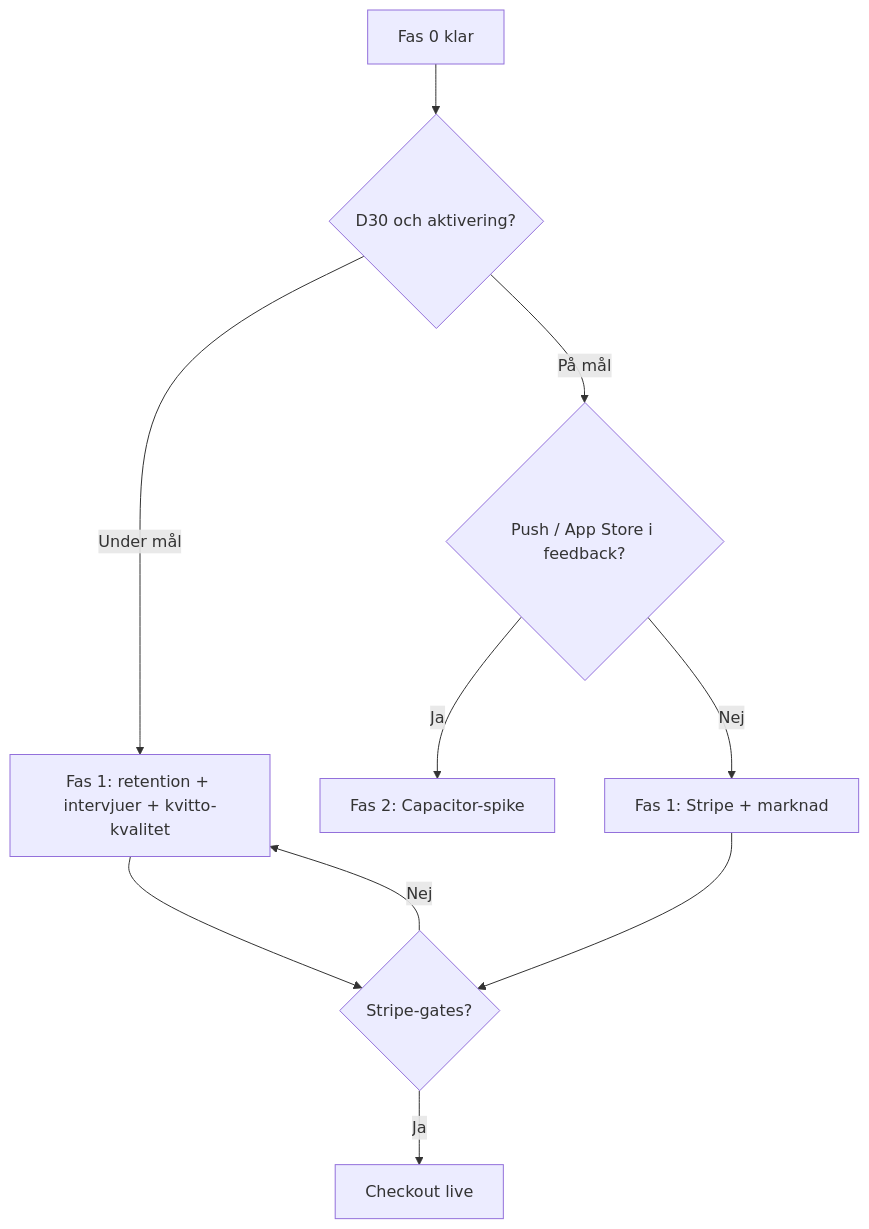
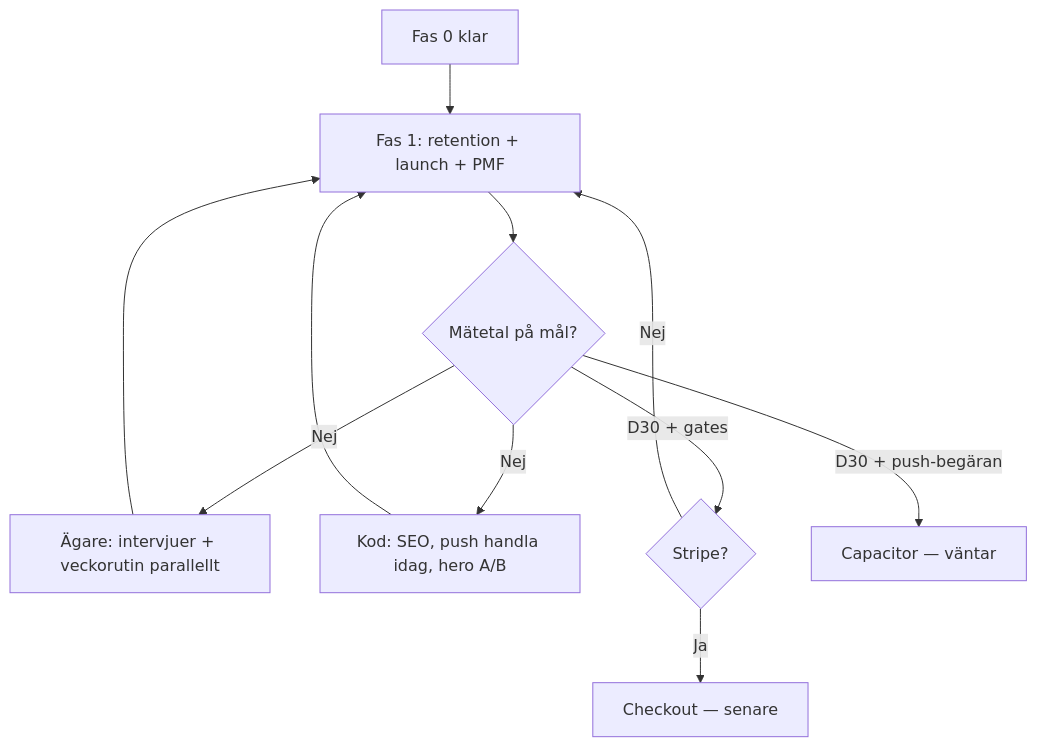
The diagram in docs/ROADMAP.md (arpi09/grocery-manager), drawn with Mermaid before and after one commit. The commit also changed other lines of this file and 2 other files, not shown here.

First line of the commit message:
docs: uppdatera roadmap och konkurrensanalys jun 2026 (Skaffu)

````diff
--- a/docs/ROADMAP.md
+++ b/docs/ROADMAP.md
@@ -172,12 +225,13 @@
 ```mermaid
 flowchart TD
-    A[Fas 0 klar] --> B{D30 och aktivering?}
-    B -->|Under mål| C[Fas 1: retention + intervjuer + kvitto-kvalitet]
-    B -->|På mål| D{Push / App Store i feedback?}
-    D -->|Ja| E[Fas 2: Capacitor-spike]
-    D -->|Nej| F[Fas 1: Stripe + marknad]
-    C --> G{Stripe-gates?}
-    G -->|Ja| H[Checkout live]
-    G -->|Nej| C
-    F --> G
+    A[Fas 0 klar] --> B[Fas 1: retention + launch + PMF]
+    B --> C{Mätetal på mål?}
+    C -->|Nej| D[Ägare: intervjuer + veckorutin parallellt]
+    C -->|Nej| E[Kod: SEO, push handla idag, hero A/B]
+    D --> B
+    E --> B
+    C -->|D30 + gates| F{Stripe?}
+    F -->|Ja| G[Checkout — senare]
+    F -->|Nej| B
+    C -->|D30 + push-begäran| H[Capacitor — väntar]
 ```
````
